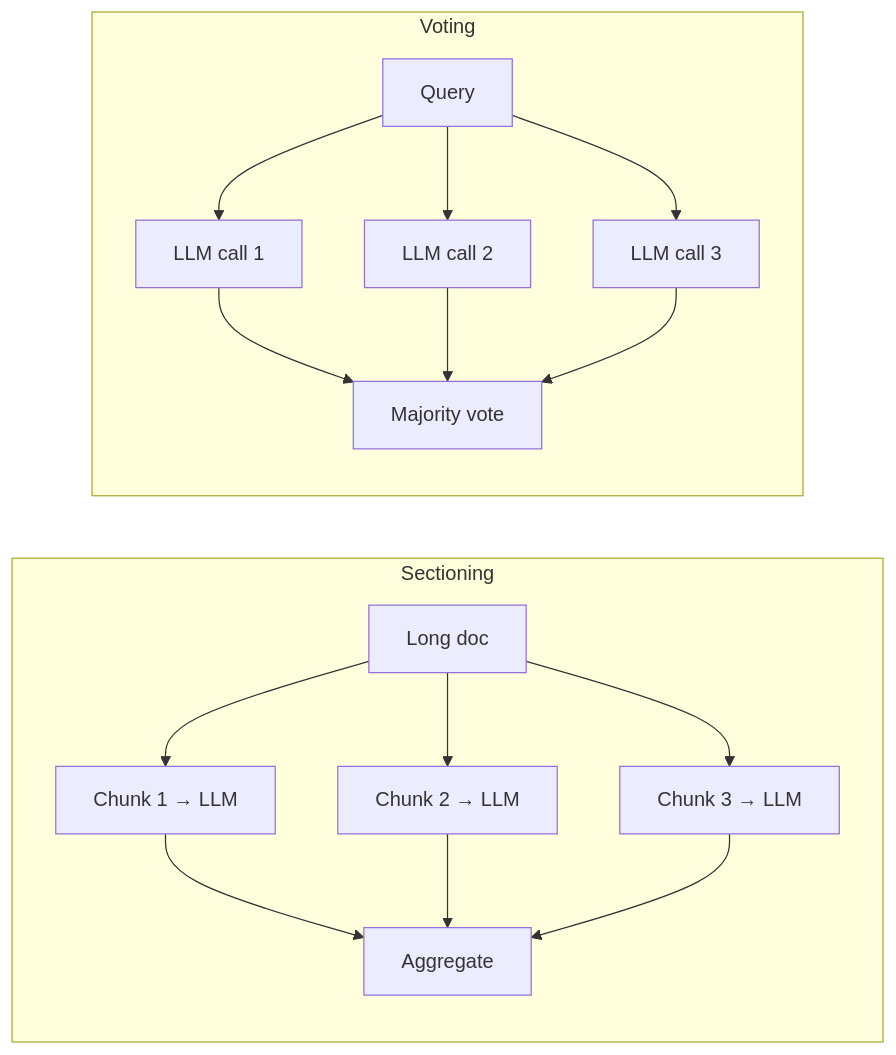
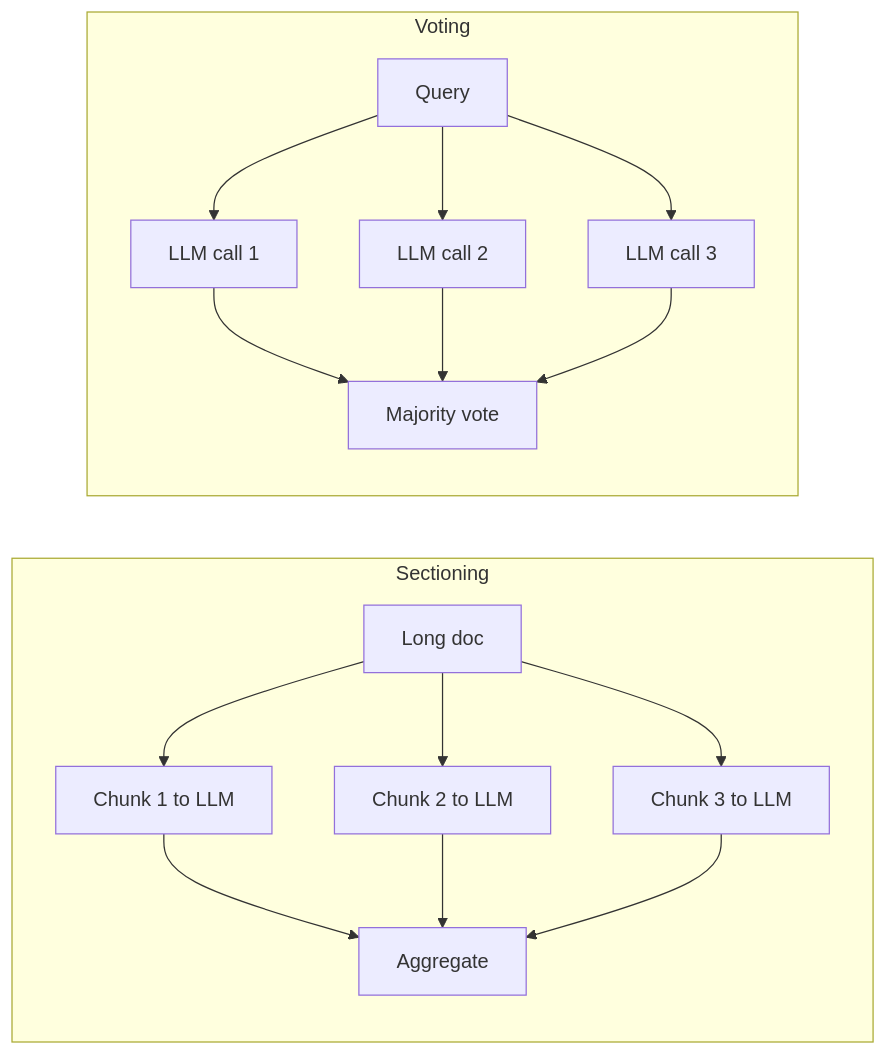
Before and after one commit to thepandanlabs/applied-ai-from-scratch: the fourth of 8 diagrams in slides/phase-04-agents.md, drawn with Mermaid. The commit also changed other lines of this file and 1 other file, not shown here.

First line of the commit message:
fix(slides): mermaid syntax errors and table bottom border

```diff
--- a/slides/phase-04-agents.md
+++ b/slides/phase-04-agents.md
@@ -190,16 +184,15 @@
 <div class="mermaid">
 flowchart LR
     subgraph Sectioning
-    A1[Long doc] --> B1[Chunk 1 → LLM]
-    A1 --> B2[Chunk 2 → LLM]
-    A1 --> B3[Chunk 3 → LLM]
+    A1[Long doc] --> B1[Chunk 1 to LLM]
+    A1 --> B2[Chunk 2 to LLM]
+    A1 --> B3[Chunk 3 to LLM]
     B1 & B2 & B3 --> C1[Aggregate]
     end
-
     subgraph Voting
     A2[Query] --> D1[LLM call 1]
     A2 --> D2[LLM call 2]
     A2 --> D3[LLM call 3]
     D1 & D2 & D3 --> E1[Majority vote]
     end
 </div>
```
